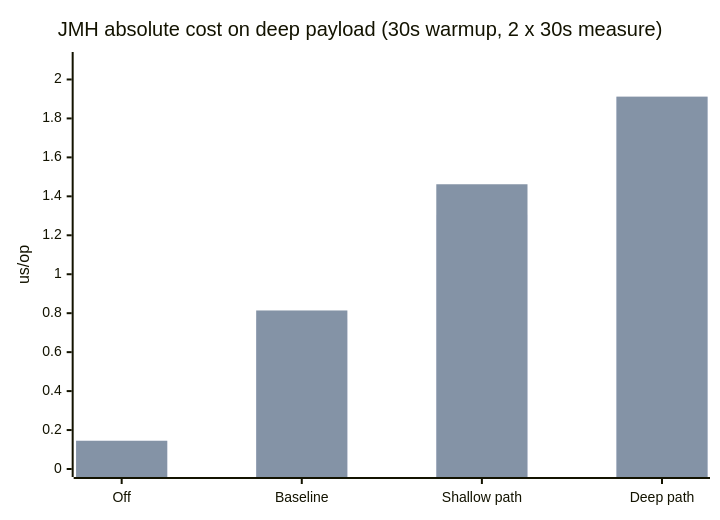
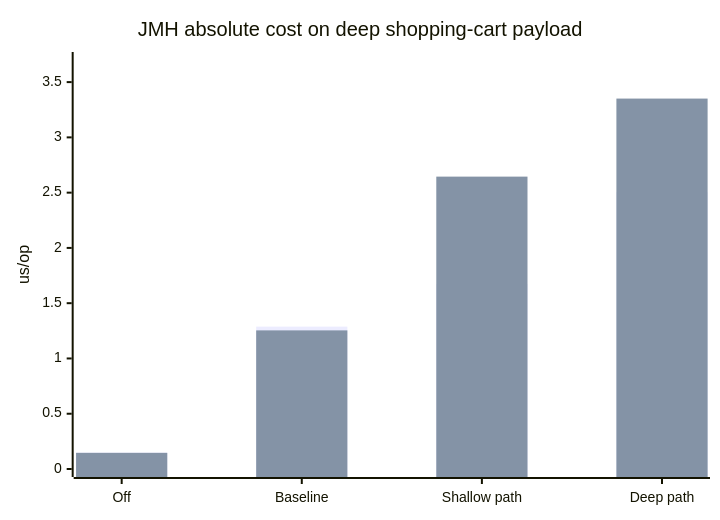
One commit to hectorad/bean-validation changed the first of 2 diagrams in complete/docs/extensions-validator-benchmark-report.md. Above: the diagram before and after it, drawn with Mermaid. The commit also changed other lines of this file and 12 other files, not shown here.

Commit message:
Refine shopping cart perf model and benchmark report

````diff
--- a/complete/docs/extensions-validator-benchmark-report.md
+++ b/complete/docs/extensions-validator-benchmark-report.md
@@ -39,8 +51,8 @@
 ```mermaid
 xychart-beta
-    title "JMH absolute cost on deep payload (30s warmup, 2 x 30s measure)"
+    title "JMH absolute cost on deep shopping-cart payload"
     x-axis ["Off","Baseline","Shallow path","Deep path"]
-    y-axis "us/op" 0 --> 2.1
-    bar "Map" [0.145, 0.769, 1.305, 1.910]
-    bar "Raw JSON" [0.145, 0.814, 1.462, 1.912]
+    y-axis "us/op" 0 --> 3.7
+    bar "Map" [0.149, 1.288, 1.673, 2.505]
+    bar "Raw JSON" [0.146, 1.254, 2.645, 3.351]
 ```
````
